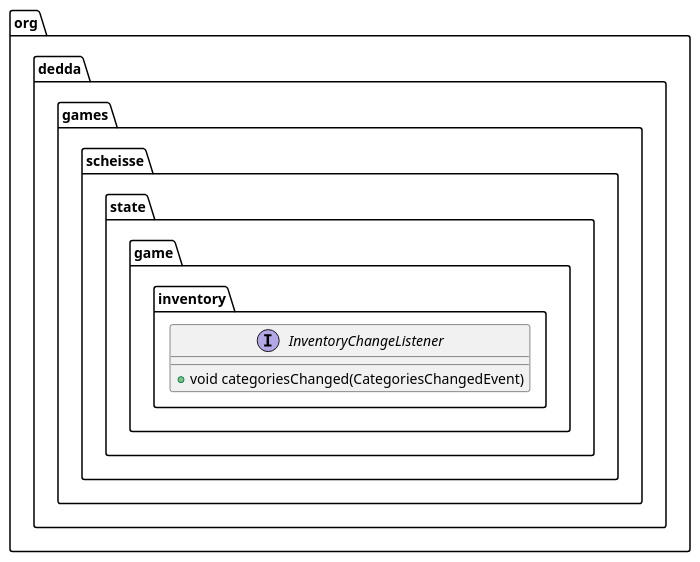
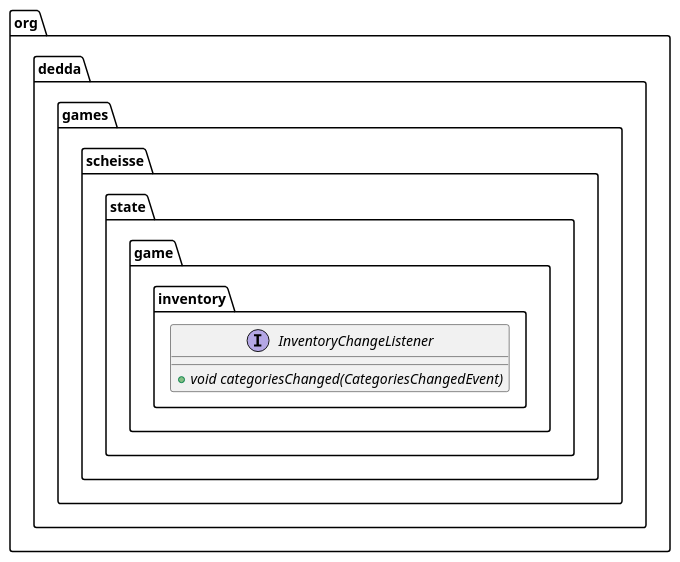
The diagram in uml/classes/org.dedda.games.scheisse.state.game.inventory.InventoryChangeListener.puml (gitter-badger/scheisse), drawn with PlantUML before and after one commit. The commit also changed 29 other files, not shown here.

Commit message:
extended puml class diagram even more

```diff
--- a/uml/classes/org.dedda.games.scheisse.state.game.inventory.InventoryChangeListener.puml
+++ b/uml/classes/org.dedda.games.scheisse.state.game.inventory.InventoryChangeListener.puml
@@ -1,5 +1,5 @@
 @startuml
 interface org.dedda.games.scheisse.state.game.inventory.InventoryChangeListener{
-    + void categoriesChanged(CategoriesChangedEvent)
+    + {abstract} void categoriesChanged(CategoriesChangedEvent)
 }
 @enduml
```
